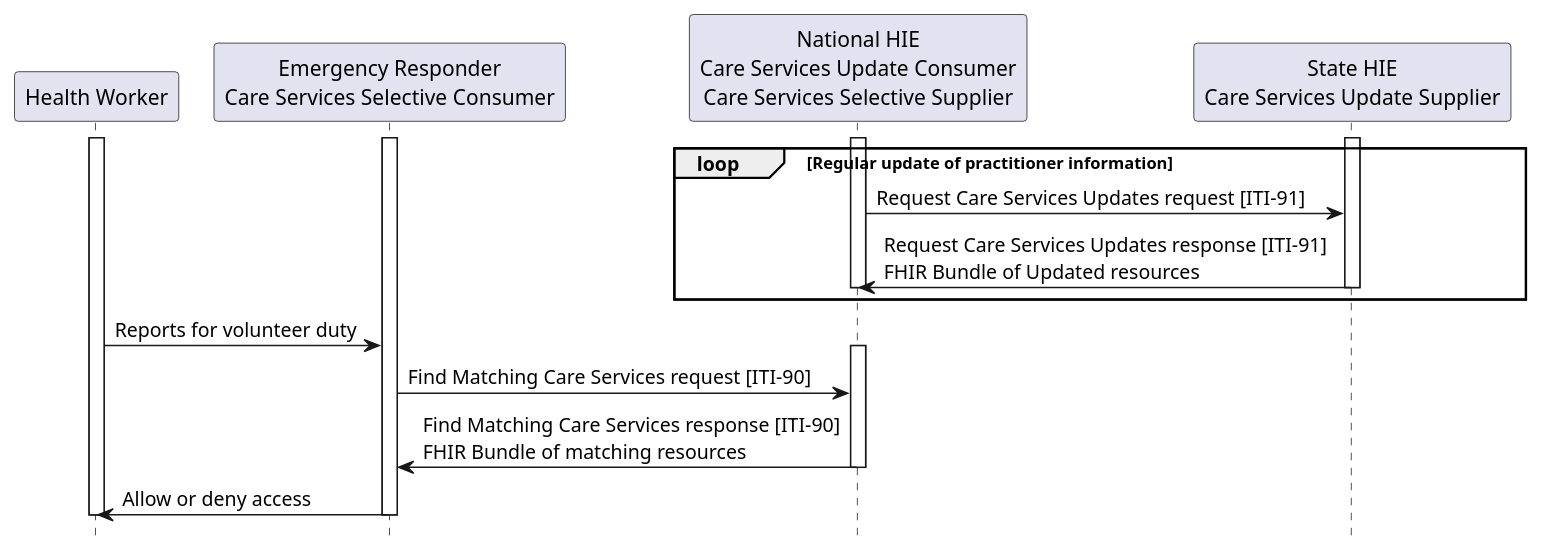
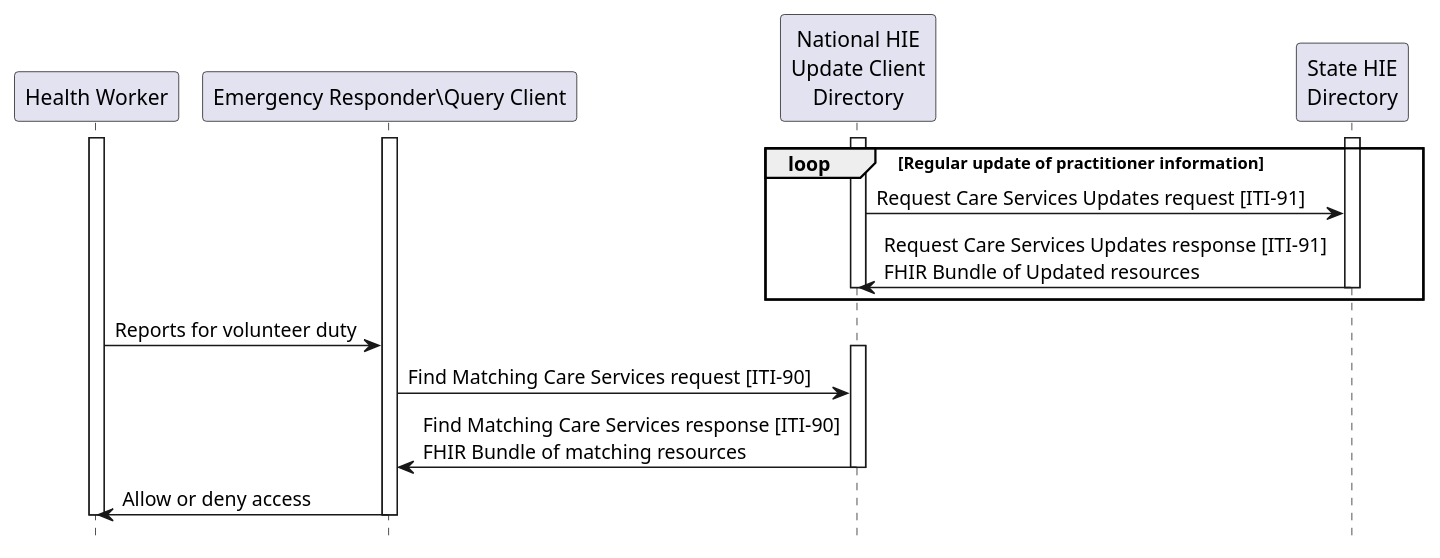
One commit to IHE/ITI.mCSD changed the diagram in input/images-source/usecase2-processflow.plantuml. Above: the diagram before and after it, drawn with PlantUML. The commit also changed 9 other files, not shown here.

Commit message:
Updated transaction and use case diagrams for the new actor names.

```diff
--- a/input/images-source/usecase2-processflow.plantuml
+++ b/input/images-source/usecase2-processflow.plantuml
@@ -1,30 +1,30 @@
 @startuml
 hide footbox
 participant "Health Worker" as HW
-participant "Emergency Responder\nCare Services Selective Consumer" as ER
-participant "National HIE\nCare Services Update Consumer\nCare Services Selective Supplier" as NHIE
-participant "State HIE\nCare Services Update Supplier" as SHIE
+participant "Emergency Responder\Query Client" as ER
+participant "National HIE\nUpdate Client\nDirectory" as NHIE
+participant "State HIE\nDirectory" as SHIE
 
 loop Regular update of practitioner information
 activate NHIE
 activate SHIE
 NHIE -> SHIE : Request Care Services Updates request [ITI-91]
 SHIE -> NHIE : Request Care Services Updates response [ITI-91]\nFHIR Bundle of Updated resources
 deactivate NHIE
 deactivate SHIE
 end
 
 activate HW
 activate ER
 HW -> ER : Reports for volunteer duty
 
 activate NHIE
 ER -> NHIE : Find Matching Care Services request [ITI-90]
 NHIE -> ER : Find Matching Care Services response [ITI-90]\nFHIR Bundle of matching resources
 deactivate NHIE
 
 ER -> HW : Allow or deny access
 deactivate HW
 deactivate ER
 
 @enduml
```
